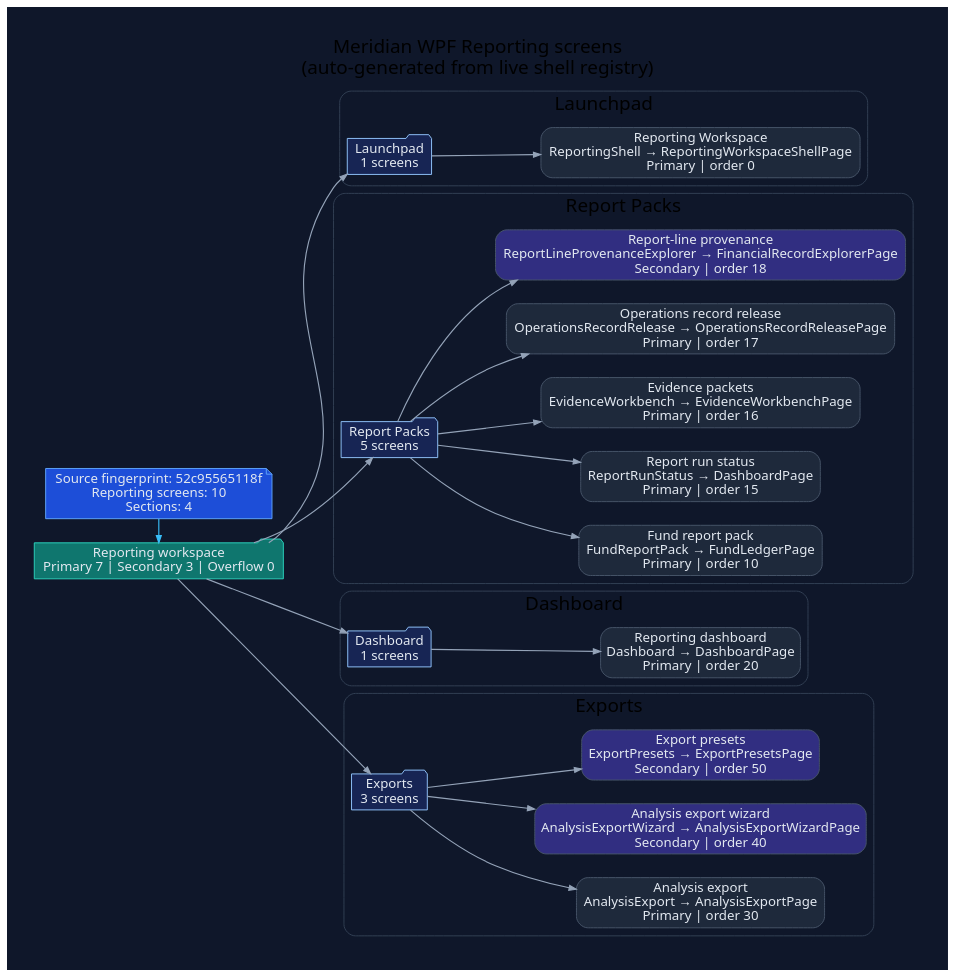
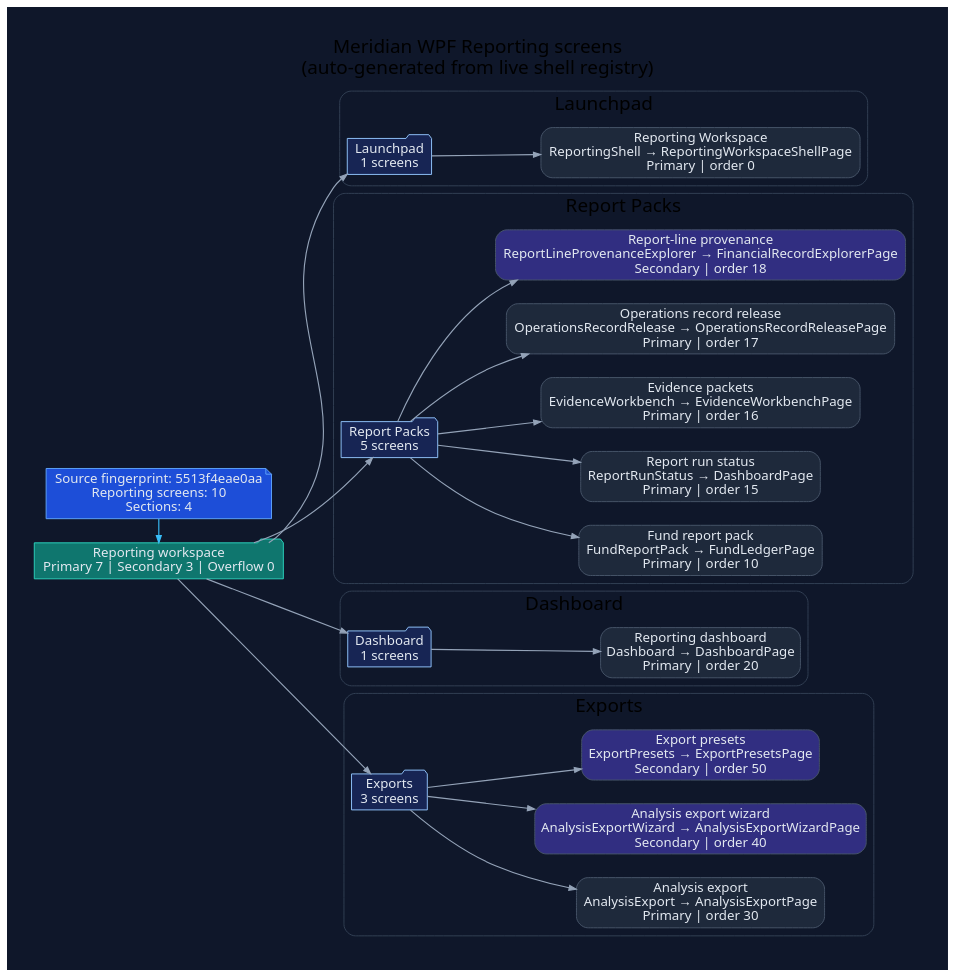
The diagram in docs/diagrams/ui-wpf-screens-reporting.dot (rodoHasArrived/Meridian-main), drawn with Graphviz before and after one commit. The commit also changed 380 other files, not shown here.

```diff
--- a/docs/diagrams/ui-wpf-screens-reporting.dot
+++ b/docs/diagrams/ui-wpf-screens-reporting.dot
@@ -1,78 +1,78 @@
 // -----------------------------------------------------------------------------
 // <auto-generated>
 // Generated by scripts/generate-diagrams.mjs.
 // Do not edit this file directly; update the WPF source files instead.
 // -----------------------------------------------------------------------------
 digraph WpfReportingScreens {
   graph [
     rankdir=LR,
     labelloc=t,
     label="Meridian WPF Reporting screens\n(auto-generated from live shell registry)",
     fontname="Segoe UI",
     fontsize=20,
     pad=0.4,
     nodesep=0.35,
     ranksep=0.85,
     bgcolor="#0f172a"
   ];
   node [fontname="Segoe UI", shape=box, style="rounded,filled", color="#475569", fontcolor="#e2e8f0", fillcolor="#1e293b"];
   edge [fontname="Segoe UI", color="#94a3b8", penwidth=1.2, arrowsize=0.75];
 
-  generated [shape=note, fillcolor="#1d4ed8", color="#60a5fa", label="Source fingerprint: 52c95565118f\nReporting screens: 10\nSections: 4"];
+  generated [shape=note, fillcolor="#1d4ed8", color="#60a5fa", label="Source fingerprint: 5513f4eae0aa\nReporting screens: 10\nSections: 4"];
   workspace [shape=folder, fillcolor="#0f766e", color="#2dd4bf", label="Reporting workspace\nPrimary 7 | Secondary 3 | Overflow 0"];
   generated -> workspace [color="#38bdf8"];
 
   subgraph cluster_section_1 {
     label="Launchpad";
     color="#334155";
     style="rounded";
     section_1 [shape=folder, fillcolor="#172554", color="#93c5fd", label="Launchpad\n1 screens"];
     workspace -> section_1;
     screen_ReportingShell [fillcolor="#1e293b", label="Reporting Workspace\nReportingShell → ReportingWorkspaceShellPage\nPrimary | order 0"];
     section_1 -> screen_ReportingShell;
   }
 
   subgraph cluster_section_2 {
     label="Report Packs";
     color="#334155";
     style="rounded";
     section_2 [shape=folder, fillcolor="#172554", color="#93c5fd", label="Report Packs\n5 screens"];
     workspace -> section_2;
     screen_FundReportPack [fillcolor="#1e293b", label="Fund report pack\nFundReportPack → FundLedgerPage\nPrimary | order 10"];
     section_2 -> screen_FundReportPack;
     screen_ReportRunStatus [fillcolor="#1e293b", label="Report run status\nReportRunStatus → DashboardPage\nPrimary | order 15"];
     section_2 -> screen_ReportRunStatus;
     screen_EvidenceWorkbench [fillcolor="#1e293b", label="Evidence packets\nEvidenceWorkbench → EvidenceWorkbenchPage\nPrimary | order 16"];
     section_2 -> screen_EvidenceWorkbench;
     screen_OperationsRecordRelease [fillcolor="#1e293b", label="Operations record release\nOperationsRecordRelease → OperationsRecordReleasePage\nPrimary | order 17"];
     section_2 -> screen_OperationsRecordRelease;
     screen_ReportLineProvenanceExplorer [fillcolor="#312e81", label="Report-line provenance\nReportLineProvenanceExplorer → FinancialRecordExplorerPage\nSecondary | order 18"];
     section_2 -> screen_ReportLineProvenanceExplorer;
   }
 
   subgraph cluster_section_3 {
     label="Dashboard";
     color="#334155";
     style="rounded";
     section_3 [shape=folder, fillcolor="#172554", color="#93c5fd", label="Dashboard\n1 screens"];
     workspace -> section_3;
     screen_Dashboard [fillcolor="#1e293b", label="Reporting dashboard\nDashboard → DashboardPage\nPrimary | order 20"];
     section_3 -> screen_Dashboard;
   }
 
   subgraph cluster_section_4 {
     label="Exports";
     color="#334155";
     style="rounded";
     section_4 [shape=folder, fillcolor="#172554", color="#93c5fd", label="Exports\n3 screens"];
     workspace -> section_4;
     screen_AnalysisExport [fillcolor="#1e293b", label="Analysis export\nAnalysisExport → AnalysisExportPage\nPrimary | order 30"];
     section_4 -> screen_AnalysisExport;
     screen_AnalysisExportWizard [fillcolor="#312e81", label="Analysis export wizard\nAnalysisExportWizard → AnalysisExportWizardPage\nSecondary | order 40"];
     section_4 -> screen_AnalysisExportWizard;
     screen_ExportPresets [fillcolor="#312e81", label="Export presets\nExportPresets → ExportPresetsPage\nSecondary | order 50"];
     section_4 -> screen_ExportPresets;
   }
 
   { rank=min; generated; workspace; }
 }
```
